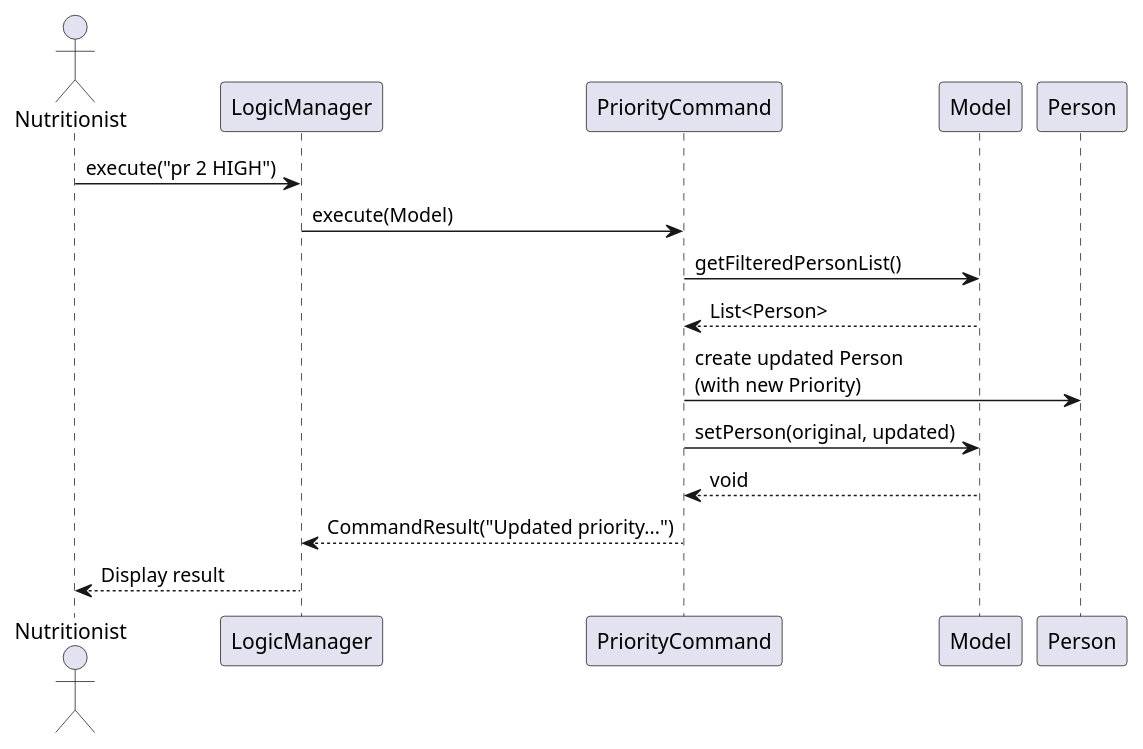
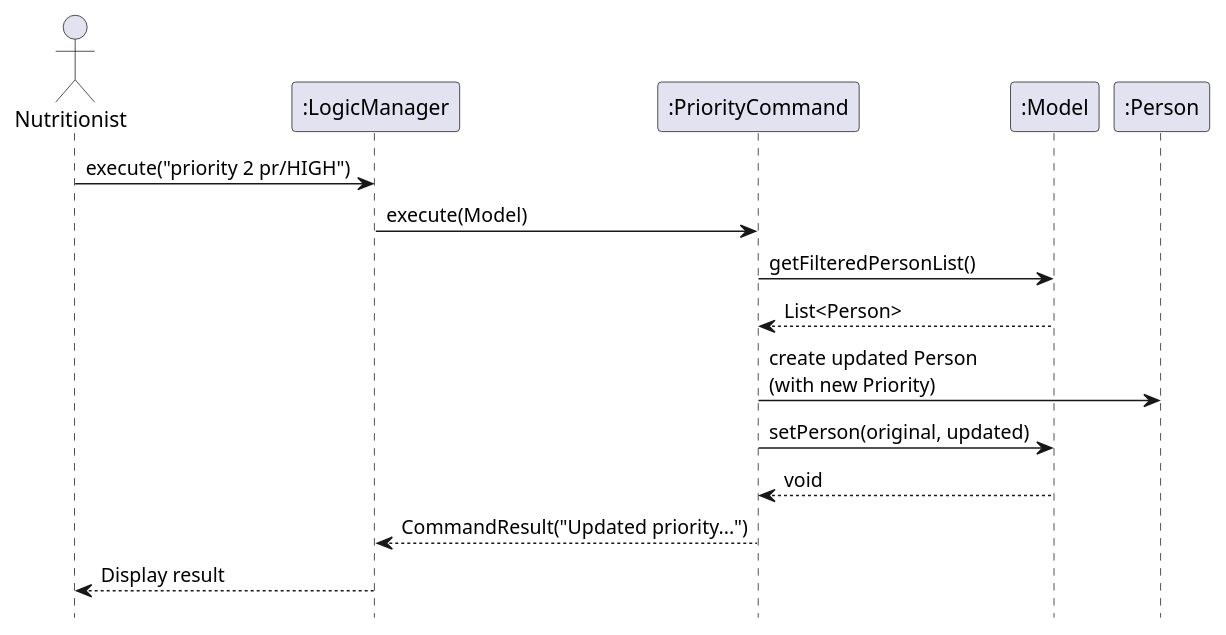
Before and after one commit to NoahKoh/tp: the diagram in diagrams/priority-command/PriorityCommandSequenceDiagram.puml, drawn with PlantUML. The commit also changed 38 other files, not shown here.

```diff
--- a/diagrams/priority-command/PriorityCommandSequenceDiagram.puml
+++ b/diagrams/priority-command/PriorityCommandSequenceDiagram.puml
@@ -1,20 +1,22 @@
 @startuml
 actor Nutritionist
-participant "LogicManager" as Logic
-participant "PriorityCommand" as Command
-participant "Model" as Model
-participant "Person" as Person
+participant ":LogicManager" as Logic
+participant ":PriorityCommand" as Command
+participant ":Model" as Model
+participant ":Person" as Person
 
-Nutritionist -> Logic : execute("pr 2 HIGH")
+Nutritionist -> Logic : execute("priority 2 pr/HIGH")
 Logic -> Command : execute(Model)
 
 Command -> Model : getFilteredPersonList()
 Model --> Command : List<Person>
 
 Command -> Person : create updated Person\n(with new Priority)
 Command -> Model : setPerson(original, updated)
 Model --> Command : void
 
 Command --> Logic : CommandResult("Updated priority...")
 Logic --> Nutritionist : Display result
+
+hide footbox
 @enduml
```
